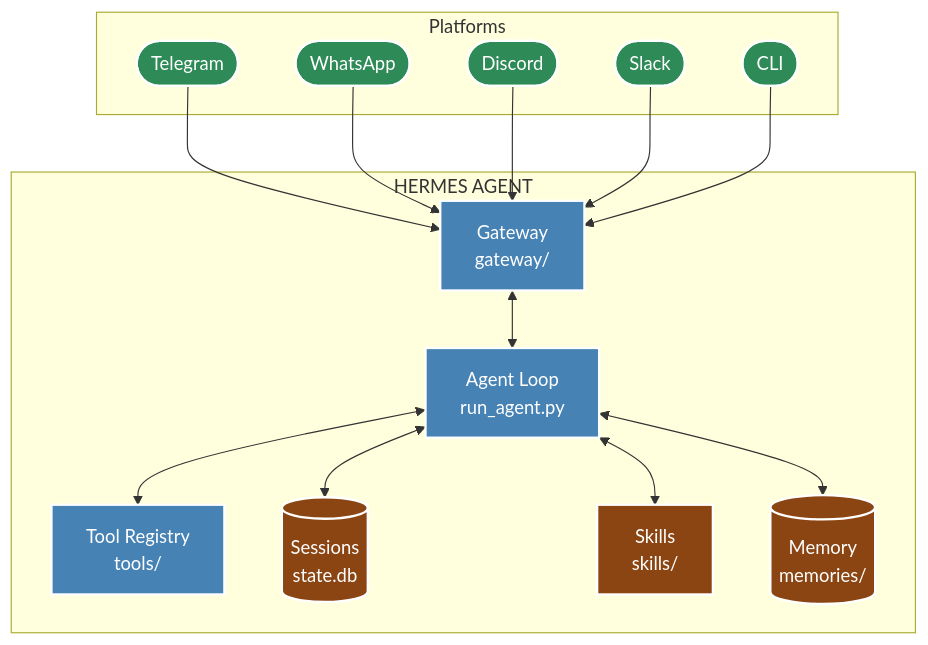
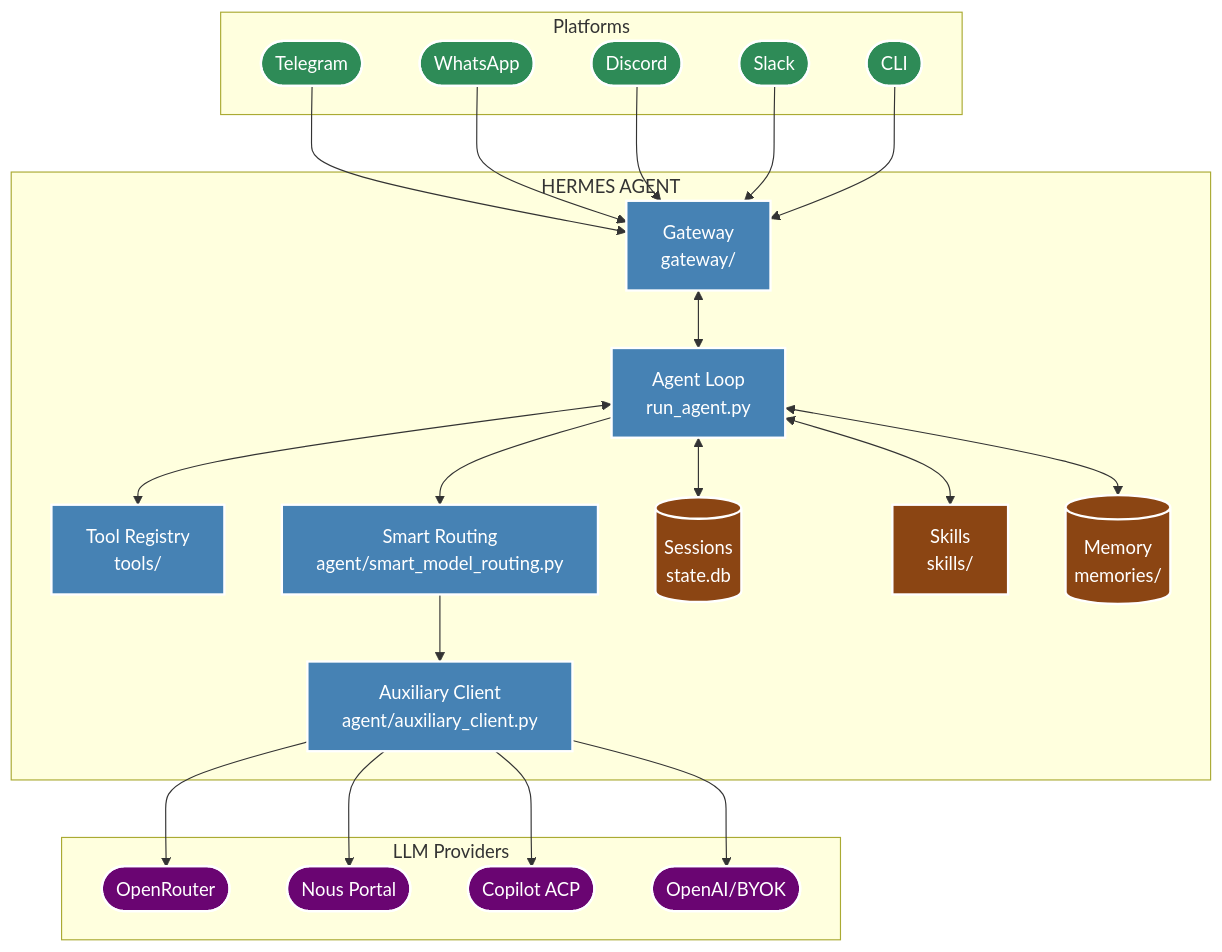
The diagram in docs/agents/hermes/architecture.md (docxology/codomyrmex), drawn with Mermaid before and after one commit. The commit also changed other lines of this file and 31 other files, not shown here.

````diff
--- a/docs/agents/hermes/architecture.md
+++ b/docs/agents/hermes/architecture.md
@@ -11,37 +11,53 @@
 ```mermaid
 graph TD
     classDef platform fill:#2E8B57,stroke:#fff,stroke-width:2px,color:#fff;
     classDef core fill:#4682B4,stroke:#fff,stroke-width:2px,color:#fff;
     classDef storage fill:#8B4513,stroke:#fff,stroke-width:2px,color:#fff;
+    classDef provider fill:#6A0572,stroke:#fff,stroke-width:2px,color:#fff;
 
     subgraph "HERMES AGENT"
         Gateway[Gateway<br/>gateway/]:::core
         AgentLoop[Agent Loop<br/>run_agent.py]:::core
         ToolRegistry[Tool Registry<br/>tools/]:::core
-        
+        AuxClient[Auxiliary Client<br/>agent/auxiliary_client.py]:::core
+        SmartRoute[Smart Routing<br/>agent/smart_model_routing.py]:::core
+
         Gateway <--> AgentLoop
         AgentLoop <--> ToolRegistry
-        
+        AgentLoop --> SmartRoute
+        SmartRoute --> AuxClient
+
         Sessions[(Sessions<br/>state.db)]:::storage
         Skills[Skills<br/>skills/]:::storage
         Memory[(Memory<br/>memories/)]:::storage
-        
+
         AgentLoop <--> Sessions
         AgentLoop <--> Skills
         AgentLoop <--> Memory
     end
-    
+
     subgraph "Platforms"
         TG([Telegram]):::platform
         WA([WhatsApp]):::platform
         DC([Discord]):::platform
         SL([Slack]):::platform
         CLI([CLI]):::platform
     end
-    
+
+    subgraph "LLM Providers"
+        OR([OpenRouter]):::provider
+        NP([Nous Portal]):::provider
+        CP([Copilot ACP]):::provider
+        OA([OpenAI/BYOK]):::provider
+    end
+
     TG --> Gateway
     WA --> Gateway
     DC --> Gateway
     SL --> Gateway
     CLI --> Gateway
+    AuxClient --> OR
+    AuxClient --> NP
+    AuxClient --> CP
+    AuxClient --> OA
 ```
````
